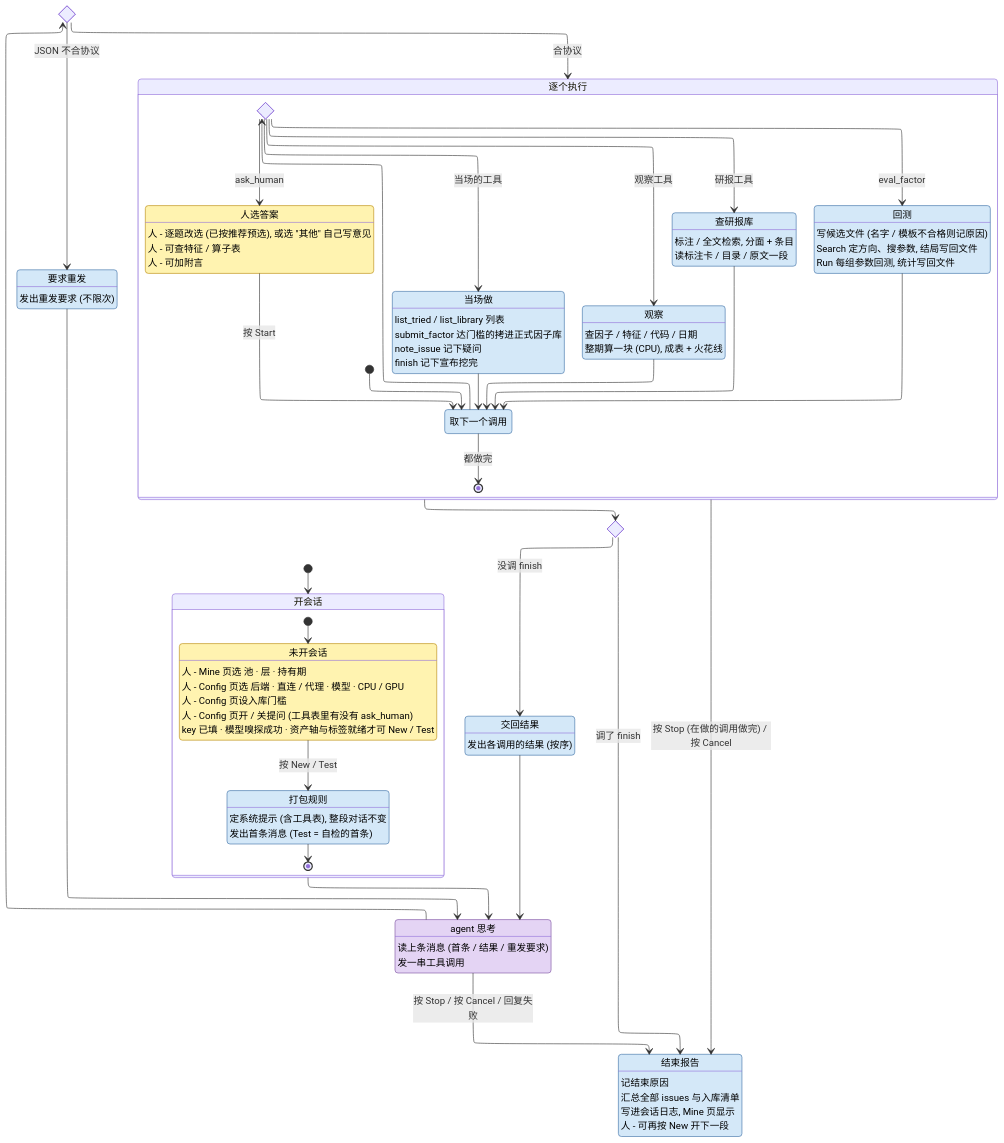
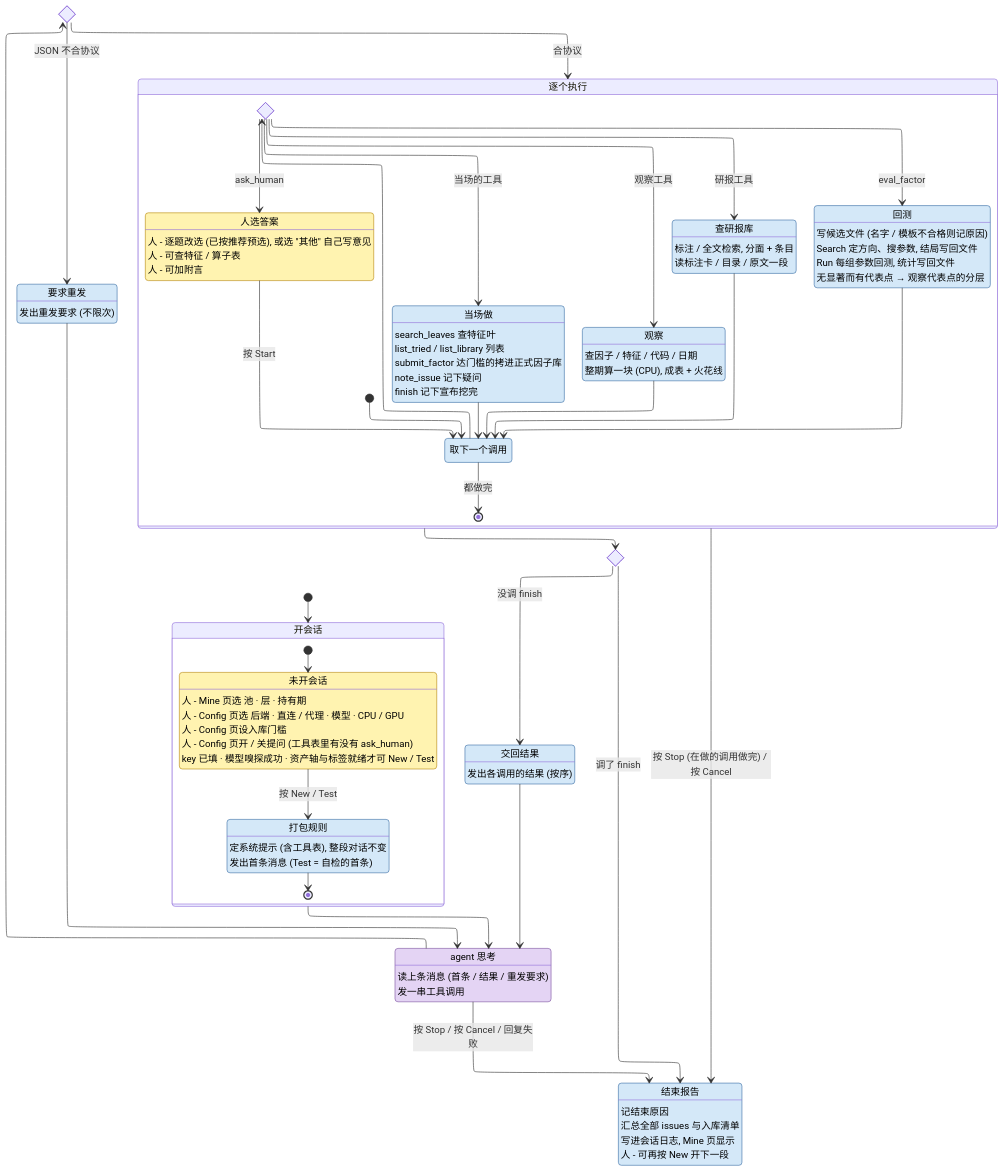
One commit to CoCoMilkyWay/stk changed the diagram in AGENT.md. Above: the diagram before and after it, drawn with Mermaid. The commit also changed other lines of this file and 21 other files, not shown here.

```diff
--- a/AGENT.md
+++ b/AGENT.md
@@ -70,6 +70,7 @@
         state "取下一个调用" as Next
         state Kind <<choice>>
         state "当场做" as Now
+        Now : search_leaves 查特征叶
         Now : list_tried / list_library 列表
         Now : submit_factor 达门槛的拷进正式因子库
         Now : note_issue 记下疑问
@@ -84,6 +85,7 @@
         Eval : 写候选文件 (名字 / 模板不合格则记原因)
         Eval : Search 定方向、搜参数, 结局写回文件
         Eval : Run 每组参数回测, 统计写回文件
+        Eval : 无显著而有代表点 → 观察代表点的分层
         state "人选答案" as Choose
         Choose : 人 - 逐题改选 (已按推荐预选), 或选 "其他" 自己写意见
         Choose : 人 - 可查特征 / 算子表
```
